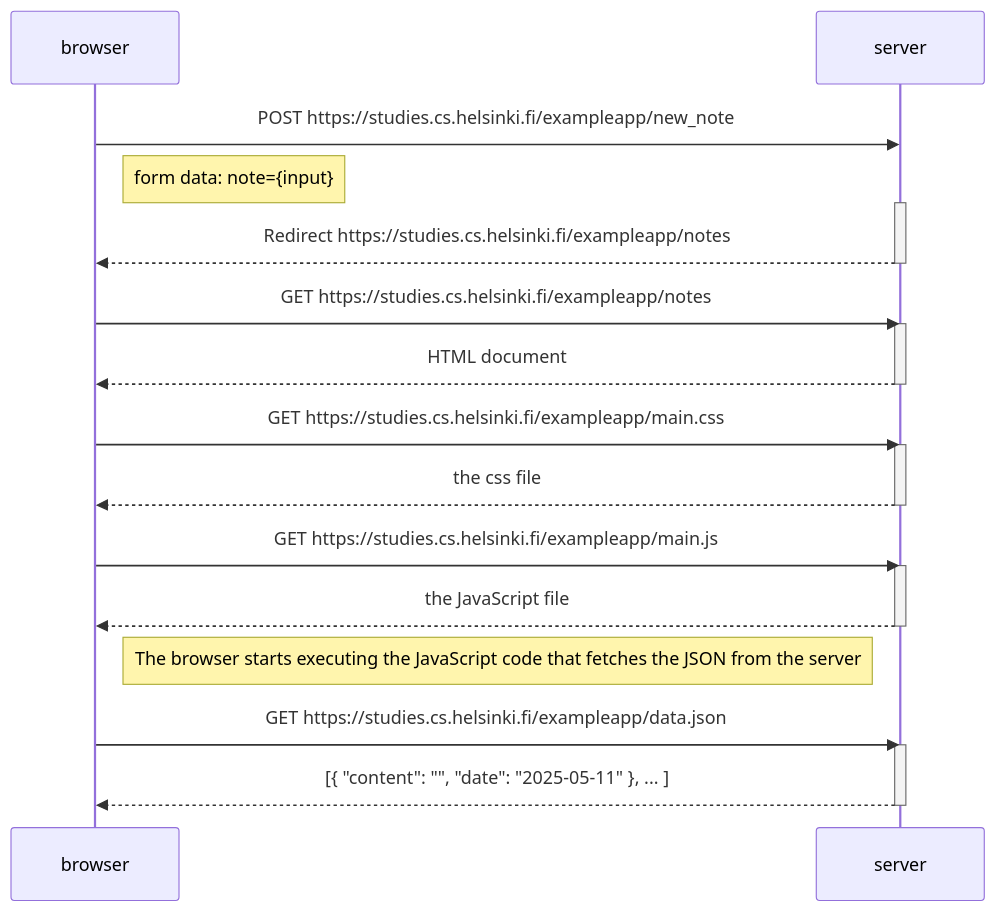
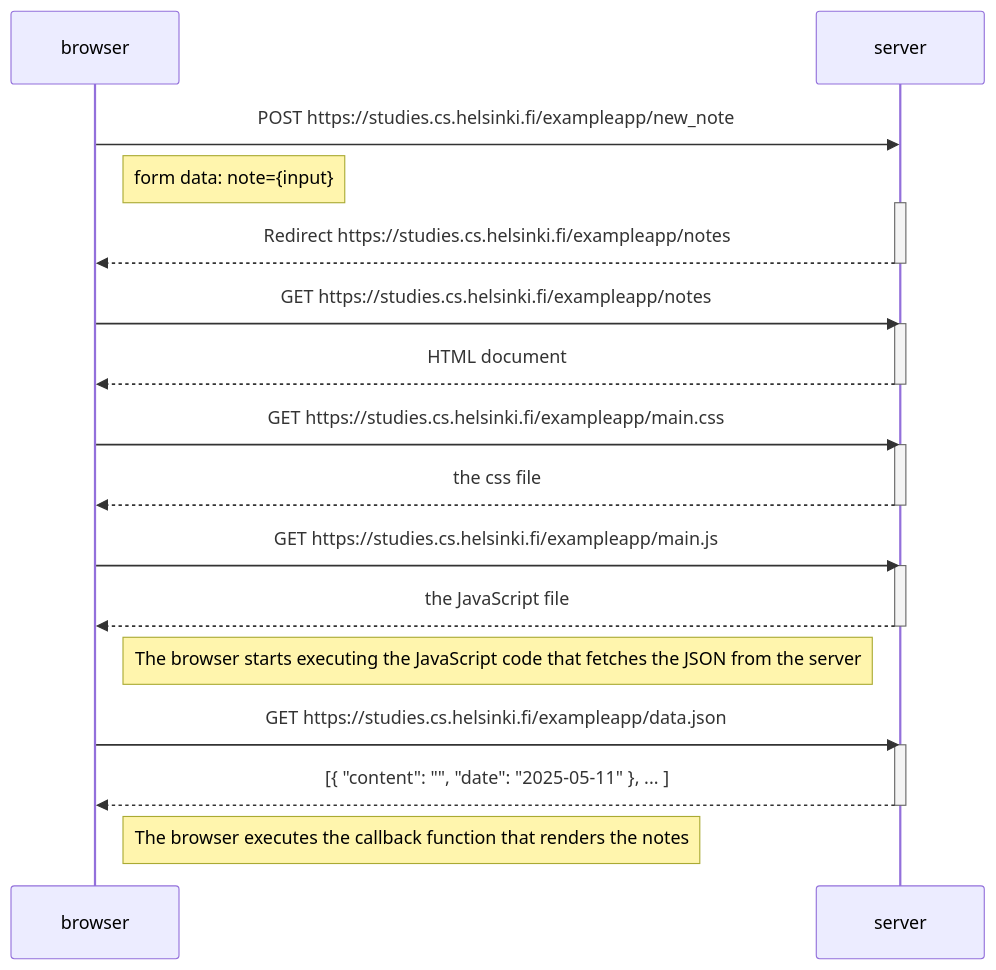
The diagram in part0/ex-4.md (ichts/fullstackopen), drawn with Mermaid before and after one commit.

Commit message:
add last note

````diff
--- a/part0/ex-4.md
+++ b/part0/ex-4.md
@@ -1,33 +1,35 @@
 ```mermaid
 sequenceDiagram
   participant browser
   participant server
 
   browser->>server: POST https://studies.cs.helsinki.fi/exampleapp/new_note
   Note right of browser: form data: note={input}
   activate server
   server-->>browser: Redirect https://studies.cs.helsinki.fi/exampleapp/notes
   deactivate server
 
   browser->>server: GET https://studies.cs.helsinki.fi/exampleapp/notes
   activate server
   server-->>browser: HTML document
   deactivate server
 
   browser->>server: GET https://studies.cs.helsinki.fi/exampleapp/main.css
   activate server
   server-->>browser: the css file
   deactivate server
 
   browser->>server: GET https://studies.cs.helsinki.fi/exampleapp/main.js
   activate server
   server-->>browser: the JavaScript file
   deactivate server
 
   Note right of browser: The browser starts executing the JavaScript code that fetches the JSON from the server
 
   browser->>server: GET https://studies.cs.helsinki.fi/exampleapp/data.json
   activate server
   server-->>browser: [{ "content": "", "date": "2025-05-11" }, ... ]
   deactivate server
+
+  Note right of browser: The browser executes the callback function that renders the notes
 ```
````
